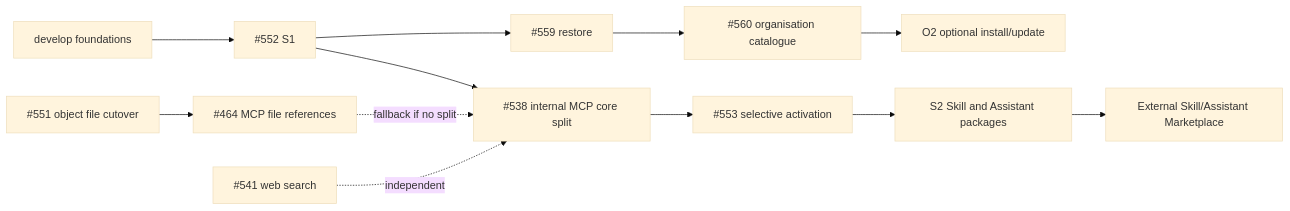
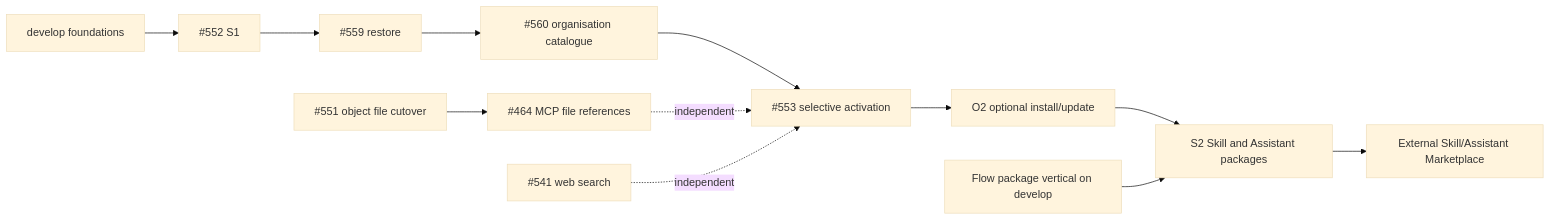
The third of 3 diagrams in docs/enterprise-skills-roadmap.md (eneo-ai/eneo), drawn with Mermaid (base theme) before and after one commit. The commit also changed other lines of this file and 3 other files, not shown here.

Commit message:
Plan selective Skill activation rollout

````diff
--- a/docs/enterprise-skills-roadmap.md
+++ b/docs/enterprise-skills-roadmap.md
@@ -627,14 +753,14 @@
 ```mermaid
 flowchart LR
     D[develop foundations] --> S1[#552 S1]
     S1 --> H1[#559 restore]
     H1 --> O1[#560 organisation catalogue]
-    O1 --> O2[O2 optional install/update]
-    S1 --> IMCP[#538 internal MCP core split]
-    IMCP --> SEL[#553 selective activation]
-    SEL --> S2[S2 Skill and Assistant packages]
+    O1 --> SEL[#553 selective activation]
+    SEL --> O2[O2 optional install/update]
+    O2 --> S2[S2 Skill and Assistant packages]
+    FLOW[Flow package vertical on develop] --> S2
     S2 --> EXT[External Skill/Assistant Marketplace]
     F551[#551 object file cutover] --> F464[#464 MCP file references]
-    F464 -. fallback if no split .-> IMCP
-    W[#541 web search] -. independent .-> IMCP
+    F464 -. independent .-> SEL
+    W[#541 web search] -. independent .-> SEL
 ```
````
